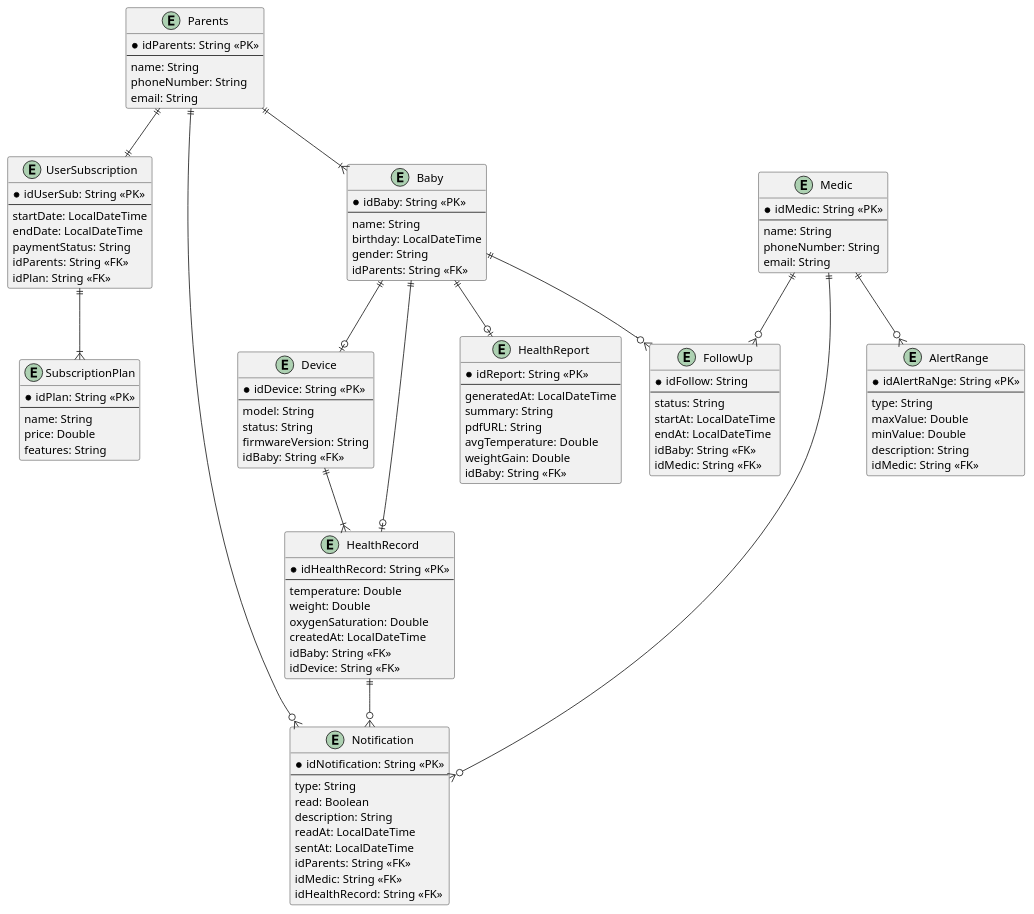
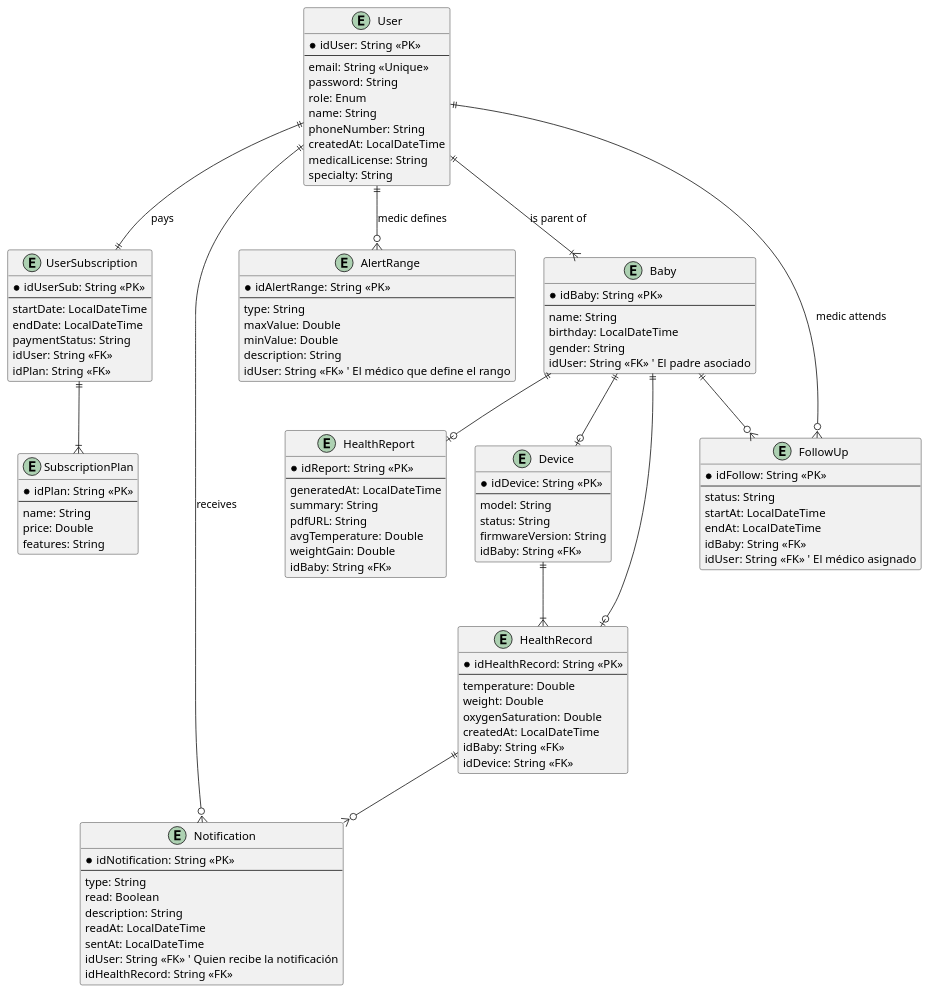
One commit to 1ASI0729-2610-12029-SIRAN-SIRAN/upc-pre-202610-1asi0729-12029-SIRAN-report changed the second of 2 diagrams in report/40-chapter-04.md. Above: the diagram before and after it, drawn with PlantUML.

Commit message:
docs(refactor-db-diagram): update database diagram to enhance user and subscription entities.

````diff
--- a/report/40-chapter-04.md
+++ b/report/40-chapter-04.md
@@ -722,27 +722,20 @@
 ```plantuml
 
 @startuml
-'//---Users---//
-entity Parents{
-*idParents: String <<PK>>
----
-name: String
-phoneNumber: String
-email: String
-}
-entity Medic{
-*idMedic: String <<PK>>
----
-name: String
-phoneNumber: String
-email: String
+entity User {
+  *idUser: String <<PK>>
+  ---
+  email: String <<Unique>>
+  password: String
+  role: Enum
+  name: String
+  phoneNumber: String
+  createdAt: LocalDateTime
+  ' Campos específicos (opcionales según rol)
+  medicalLicense: String
+  specialty: String
 }
 
-
-
-
-
-'//---IoT Hardware---//
 entity Device {
   *idDevice: String <<PK>>
   --
@@ -752,68 +745,55 @@
   idBaby: String <<FK>>
 }
 
-
-
-
-
-'//---Subscription---//
-entity SubscriptionPlan{
-*idPlan: String <<PK>>
----
-name: String
-price: Double
-features: String
-}
-entity UserSubscription{
-*idUserSub: String <<PK>>
----
-startDate: LocalDateTime
-endDate: LocalDateTime
-paymentStatus: String
-idParents: String <<FK>>
-idPlan: String <<FK>>
+entity SubscriptionPlan {
+  *idPlan: String <<PK>>
+  ---
+  name: String
+  price: Double
+  features: String
 }
 
-
-
-
-
-'//---To Business---//
-entity Notification{
-*idNotification: String <<PK>>
----
-type: String
-read: Boolean
-description: String
-readAt: LocalDateTime
-sentAt: LocalDateTime
-idParents: String <<FK>>
-idMedic: String <<FK>>
-idHealthRecord: String <<FK>>
-}
-entity AlertRange{
-*idAlertRaNge: String <<PK>>
----
-type: String
-maxValue: Double
-minValue: Double
-description: String
-idMedic: String <<FK>>
+entity UserSubscription {
+  *idUserSub: String <<PK>>
+  ---
+  startDate: LocalDateTime
+  endDate: LocalDateTime
+  paymentStatus: String
+  idUser: String <<FK>>
+  idPlan: String <<FK>>
 }
 
+entity Notification {
+  *idNotification: String <<PK>>
+  ---
+  type: String
+  read: Boolean
+  description: String
+  readAt: LocalDateTime
+  sentAt: LocalDateTime
+  idUser: String <<FK>> ' Quien recibe la notificación
+  idHealthRecord: String <<FK>>
+}
 
+entity AlertRange {
+  *idAlertRange: String <<PK>>
+  ---
+  type: String
+  maxValue: Double
+  minValue: Double
+  description: String
+  idUser: String <<FK>> ' El médico que define el rango
+}
 
+entity Baby {
+  *idBaby: String <<PK>>
+  ---
+  name: String
+  birthday: LocalDateTime
+  gender: String
+  idUser: String <<FK>> ' El padre asociado
+}
 
-
-'//---Related to the baby's health---//
-entity Baby{
-*idBaby: String <<PK>>
----
-name: String
-birthday: LocalDateTime
-gender: String
-idParents: String <<FK>>
-}
 entity HealthRecord {
   *idHealthRecord: String <<PK>>
   --
@@ -824,56 +804,43 @@
   idBaby: String <<FK>>
   idDevice: String <<FK>>   
 }
-entity FollowUp{
-*idFollow: String
----
-status: String
-startAt: LocalDateTime
-endAt: LocalDateTime
-idBaby: String <<FK>>
-idMedic: String <<FK>>
+
+entity FollowUp {
+  *idFollow: String <<PK>>
+  ---
+  status: String
+  startAt: LocalDateTime
+  endAt: LocalDateTime
+  idBaby: String <<FK>>
+  idUser: String <<FK>> ' El médico asignado
 }
 
-
-
-
-
-'//---Dashboard---//
-entity HealthReport{
-*idReport: String <<PK>>
----
-generatedAt: LocalDateTime
-summary: String
-pdfURL: String
-avgTemperature: Double
-weightGain: Double
-idBaby: String <<FK>>
+entity HealthReport {
+  *idReport: String <<PK>>
+  ---
+  generatedAt: LocalDateTime
+  summary: String
+  pdfURL: String
+  avgTemperature: Double
+  weightGain: Double
+  idBaby: String <<FK>>
 }
 
-
-
-
-
-'//---Relationship---//
-Parents ||--|{ Baby
-Parents ||--|| UserSubscription
+User ||--|{ Baby : "is parent of"
+User ||--|| UserSubscription : "pays"
+User ||--o{ FollowUp : "medic attends"
+User ||--o{ AlertRange : "medic defines"
+User ||--o{ Notification : "receives"
 
 UserSubscription ||--|{ SubscriptionPlan
 Baby ||--o| HealthReport
-
 Baby ||--o| HealthRecord
 Baby ||--o{ FollowUp
+Baby ||--o| Device
 
-Medic ||--o{ FollowUp
-Parents ||--o{ Notification
-
-Medic ||--o{ AlertRange
-Medic ||--o{ Notification
-
-Baby ||--o|Device
+Device ||--|{ HealthRecord
 HealthRecord ||--o{ Notification
 
-Device ||--|{ HealthRecord
 @enduml
 
 ```
````
